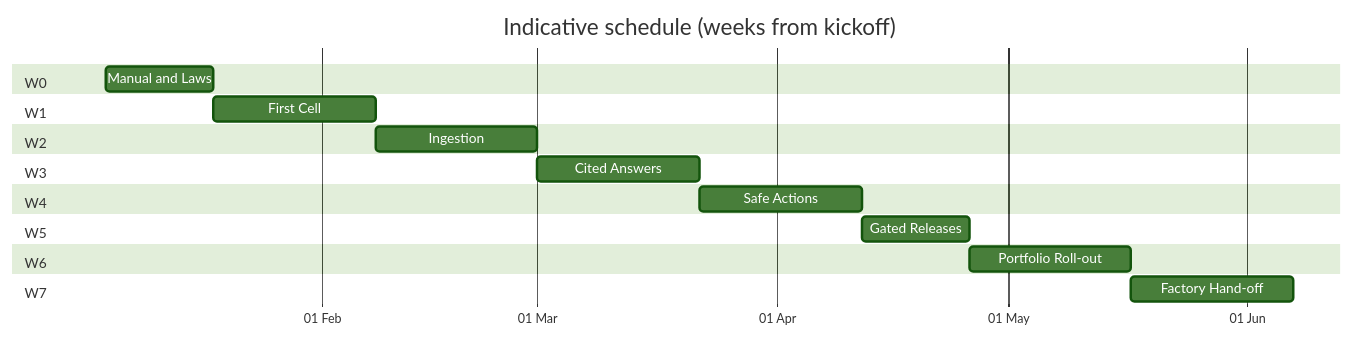
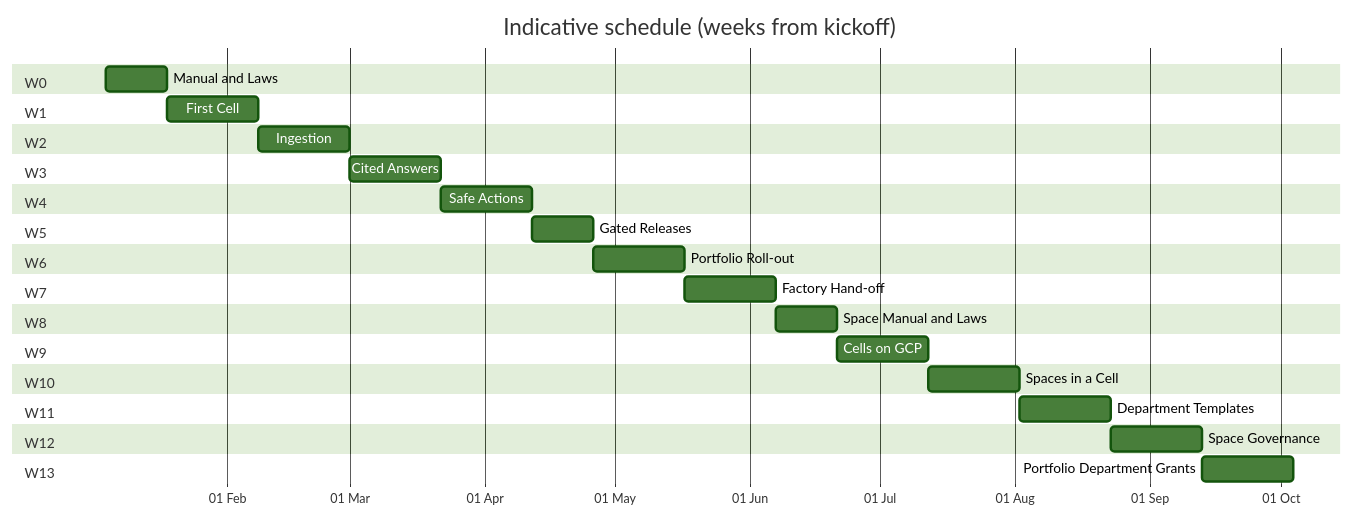
One commit to decagondev/second-brain changed the second of 2 diagrams in docs/03-prd.md. Above: the diagram before and after it, drawn with Mermaid (forest theme). The commit also changed other lines of this file and 59 other files, not shown here.

First line of the commit message:
Plan W8 to W13: department brains and the GCP cell runtime

````diff
--- a/docs/03-prd.md
+++ b/docs/03-prd.md
@@ -246,22 +312,34 @@
 ```mermaid
 gantt
   dateFormat YYYY-MM-DD
   axisFormat %d %b
   title Indicative schedule (weeks from kickoff)
   section W0
   Manual and Laws :w0, 2027-01-04, 14d
   section W1
   First Cell :w1, after w0, 21d
   section W2
   Ingestion :w2, after w1, 21d
   section W3
   Cited Answers :w3, after w2, 21d
   section W4
   Safe Actions :w4, after w3, 21d
   section W5
   Gated Releases :w5, after w4, 14d
   section W6
   Portfolio Roll-out :w6, after w5, 21d
   section W7
   Factory Hand-off :w7, after w6, 21d
+  section W8
+  Space Manual and Laws :w8, after w7, 14d
+  section W9
+  Cells on GCP :w9, after w8, 21d
+  section W10
+  Spaces in a Cell :w10, after w9, 21d
+  section W11
+  Department Templates :w11, after w10, 21d
+  section W12
+  Space Governance :w12, after w11, 21d
+  section W13
+  Portfolio Department Grants :w13, after w12, 21d
 ```
````
